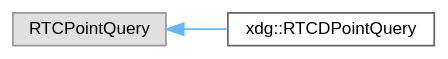
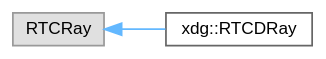
The diagram in inherit_graph_5.dot (xdg-org/xdg), drawn with Graphviz before and after one commit. The commit also changed 23 other files, not shown here.

```diff
--- a/inherit_graph_5.dot
+++ b/inherit_graph_5.dot
@@ -1,11 +1,11 @@
 digraph "Graphical Class Hierarchy"
 {
  // LATEX_PDF_SIZE
   bgcolor="transparent";
   edge [fontname=Helvetica,fontsize=10,labelfontname=Helvetica,labelfontsize=10];
   node [fontname=Helvetica,fontsize=10,shape=box,height=0.2,width=0.4];
   rankdir="LR";
-  Node0 [id="Node000000",label="RTCPointQuery",height=0.2,width=0.4,color="grey60", fillcolor="#E0E0E0", style="filled",tooltip=" "];
-  Node0 -> Node1 [id="edge3_Node000000_Node000001",dir="back",color="steelblue1",style="solid",tooltip=" "];
-  Node1 [id="Node000001",label="xdg::RTCDPointQuery",height=0.2,width=0.4,color="grey40", fillcolor="white", style="filled",URL="$structxdg_1_1RTCDPointQuery.html",tooltip=" "];
+  Node0 [id="Node000000",label="RTCRay",height=0.2,width=0.4,color="grey60", fillcolor="#E0E0E0", style="filled",tooltip=" "];
+  Node0 -> Node1 [id="edge4_Node000000_Node000001",dir="back",color="steelblue1",style="solid",tooltip=" "];
+  Node1 [id="Node000001",label="xdg::RTCDRay",height=0.2,width=0.4,color="grey40", fillcolor="white", style="filled",URL="$structxdg_1_1RTCDRay.html",tooltip=" "];
 }
```
